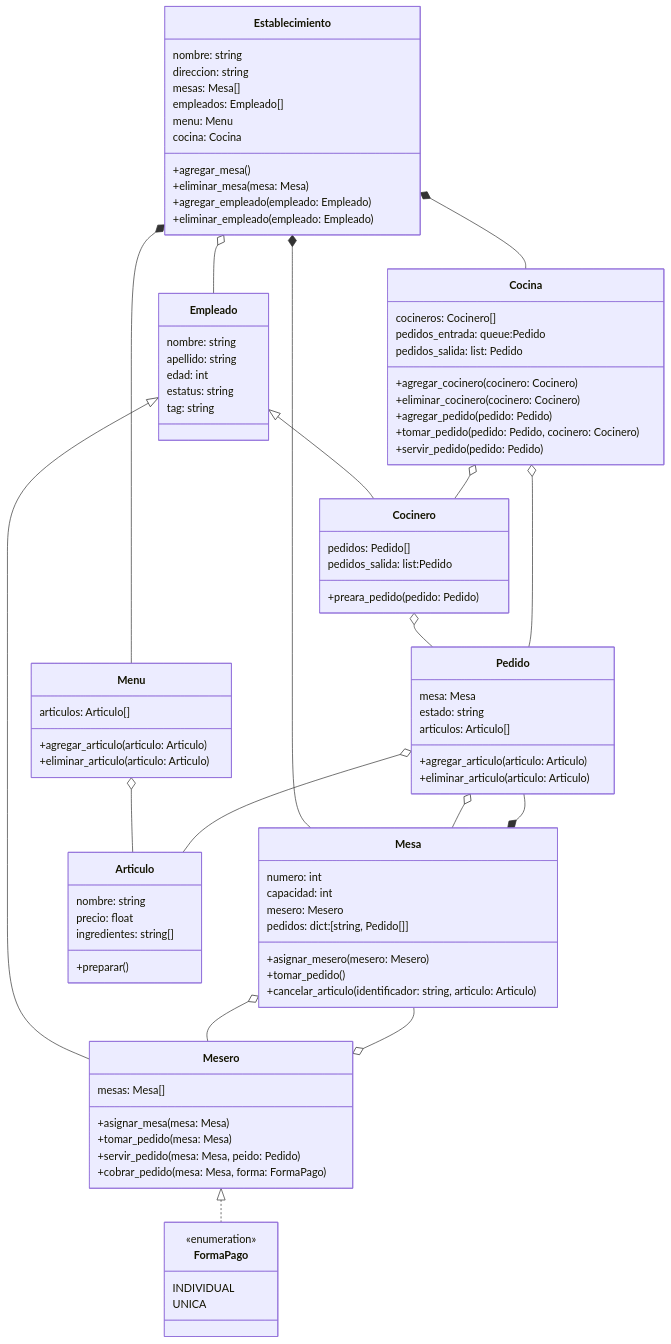
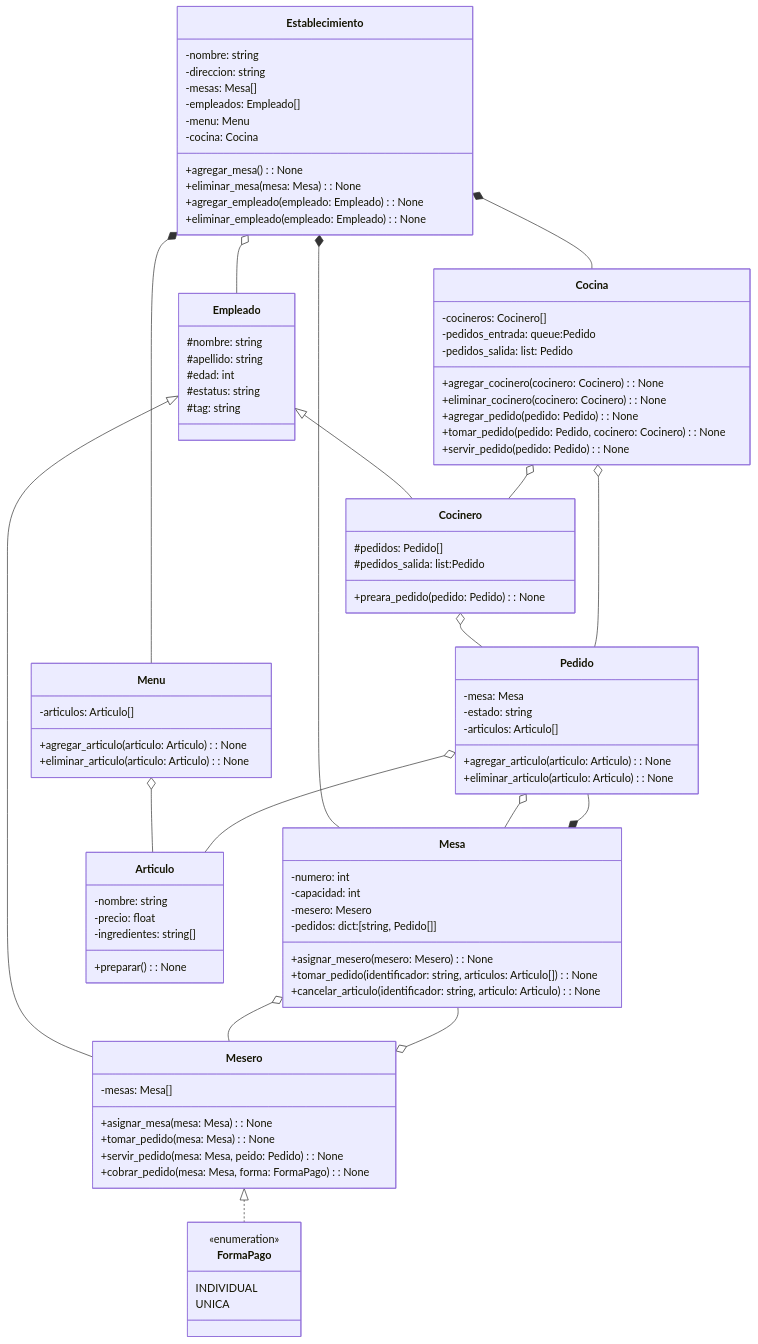
Before and after one commit to joseAcevesG/SOFT_RESTAURANT: the diagram in UML.md, drawn with Mermaid. The commit also changed other lines of this file, not shown here.

````diff
--- a/UML.md
+++ b/UML.md
@@ -3,81 +5,81 @@
 ```mermaid
 classDiagram
     class Establecimiento{
-        nombre: string
-        direccion: string
-        mesas: Mesa[]
-        empleados: Empleado[]
-        menu: Menu
-        cocina: Cocina
-        +agregar_mesa()
-        +eliminar_mesa(mesa: Mesa)
-        +agregar_empleado(empleado: Empleado)
-        +eliminar_empleado(empleado: Empleado)
+        -nombre: string
+        -direccion: string
+        -mesas: Mesa[]
+        -empleados: Empleado[]
+        -menu: Menu
+        -cocina: Cocina
+        +agregar_mesa(): None
+        +eliminar_mesa(mesa: Mesa): None
+        +agregar_empleado(empleado: Empleado) : None
+        +eliminar_empleado(empleado: Empleado) : None
     }
 
     class Cocina{
-        cocineros: Cocinero[]
-        pedidos_entrada: queue:Pedido
-        pedidos_salida: list: Pedido
-        +agregar_cocinero(cocinero: Cocinero)
-        +eliminar_cocinero(cocinero: Cocinero)
-        +agregar_pedido(pedido: Pedido)
-        +tomar_pedido(pedido: Pedido, cocinero: Cocinero)
-        +servir_pedido(pedido: Pedido)
+        -cocineros: Cocinero[]
+        -pedidos_entrada: queue:Pedido
+        -pedidos_salida: list: Pedido
+        +agregar_cocinero(cocinero: Cocinero): None
+        +eliminar_cocinero(cocinero: Cocinero): None
+        +agregar_pedido(pedido: Pedido): None
+        +tomar_pedido(pedido: Pedido, cocinero: Cocinero): None
+        +servir_pedido(pedido: Pedido): None
     }
 
     class Empleado{
-        nombre: string
-        apellido: string
-        edad: int
-        estatus: string
-        tag: string
+        #nombre: string
+        #apellido: string
+        #edad: int
+        #estatus: string
+        #tag: string
     }
 
     class Cocinero{
-        pedidos: Pedido[]
-        pedidos_salida: list:Pedido
-        +preara_pedido(pedido: Pedido)
+        #pedidos: Pedido[]
+        #pedidos_salida: list:Pedido
+        +preara_pedido(pedido: Pedido): None
     }
 
     class Pedido{
-        mesa: Mesa
-        estado: string
-        articulos: Articulo[]
-        +agregar_articulo(articulo: Articulo)
-        +eliminar_articulo(articulo: Articulo)
+        -mesa: Mesa
+        -estado: string
+        -articulos: Articulo[]
+        +agregar_articulo(articulo: Articulo): None
+        +eliminar_articulo(articulo: Articulo): None
     }
 
     class Menu{
-        articulos: Articulo[]
-        +agregar_articulo(articulo: Articulo)
-        +eliminar_articulo(articulo: Articulo)
+        -articulos: Articulo[]
+        +agregar_articulo(articulo: Articulo): None
+        +eliminar_articulo(articulo: Articulo): None
     }
 
     class Mesa{
-        numero: int
-        capacidad: int
-        mesero: Mesero
-        pedidos: dict:[string, Pedido[]]
-        +asignar_mesero(mesero: Mesero)
-        +tomar_pedido()
-        +cancelar_articulo(identificador: string, articulo: Articulo)
+        -numero: int
+        -capacidad: int
+        -mesero: Mesero
+        -pedidos: dict:[string, Pedido[]]
+        +asignar_mesero(mesero: Mesero): None
+        +tomar_pedido(identificador: string, articulos: Articulo[]): None
+        +cancelar_articulo(identificador: string, articulo: Articulo): None
     }
 
 
     class Articulo{
-        nombre: string
-        precio: float
-        ingredientes: string[]
-        +preparar()
+        -nombre: string
+        -precio: float
+        -ingredientes: string[]
+        +preparar(): None
     }
 
     class Mesero{
-        mesas: Mesa[]
-        +asignar_mesa(mesa: Mesa)
-        +tomar_pedido(mesa: Mesa)
-        +servir_pedido(mesa: Mesa, peido: Pedido)
-        +cobrar_pedido(mesa: Mesa, forma: FormaPago)
+        -mesas: Mesa[]
+        +asignar_mesa(mesa: Mesa): None
+        +tomar_pedido(mesa: Mesa): None
+        +servir_pedido(mesa: Mesa, peido: Pedido): None
+        +cobrar_pedido(mesa: Mesa, forma: FormaPago): None
     }
 
     class FormaPago{
````
